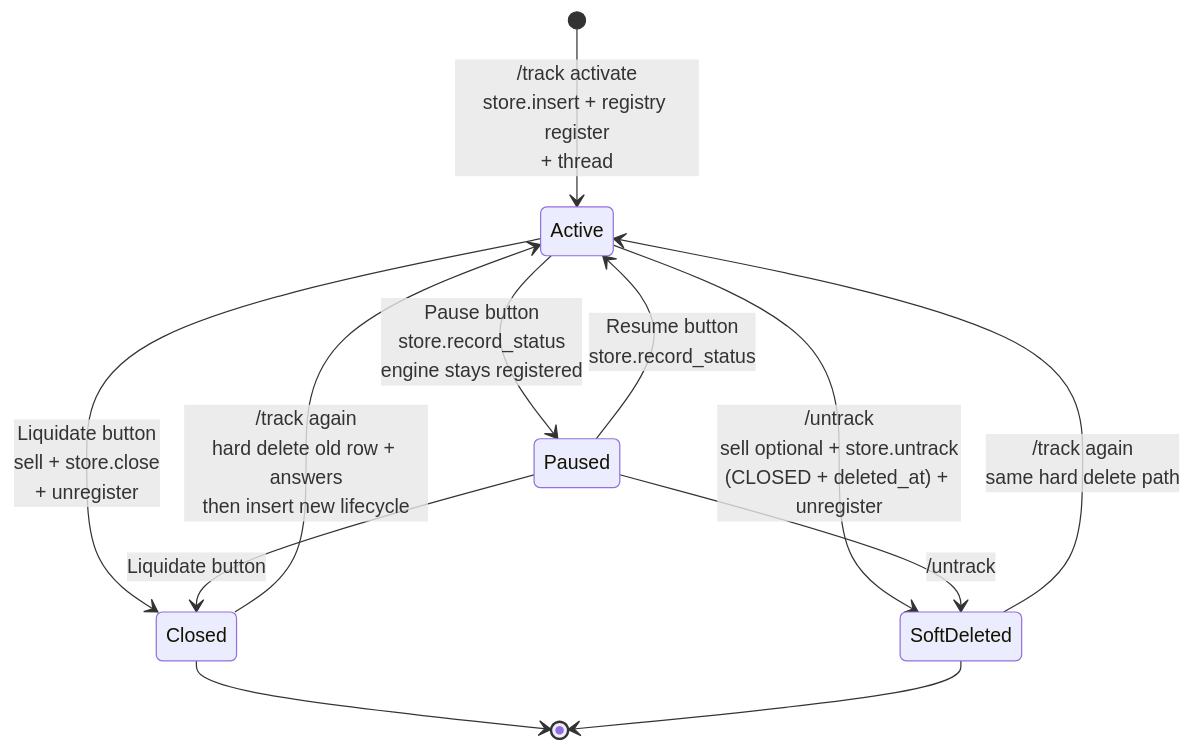
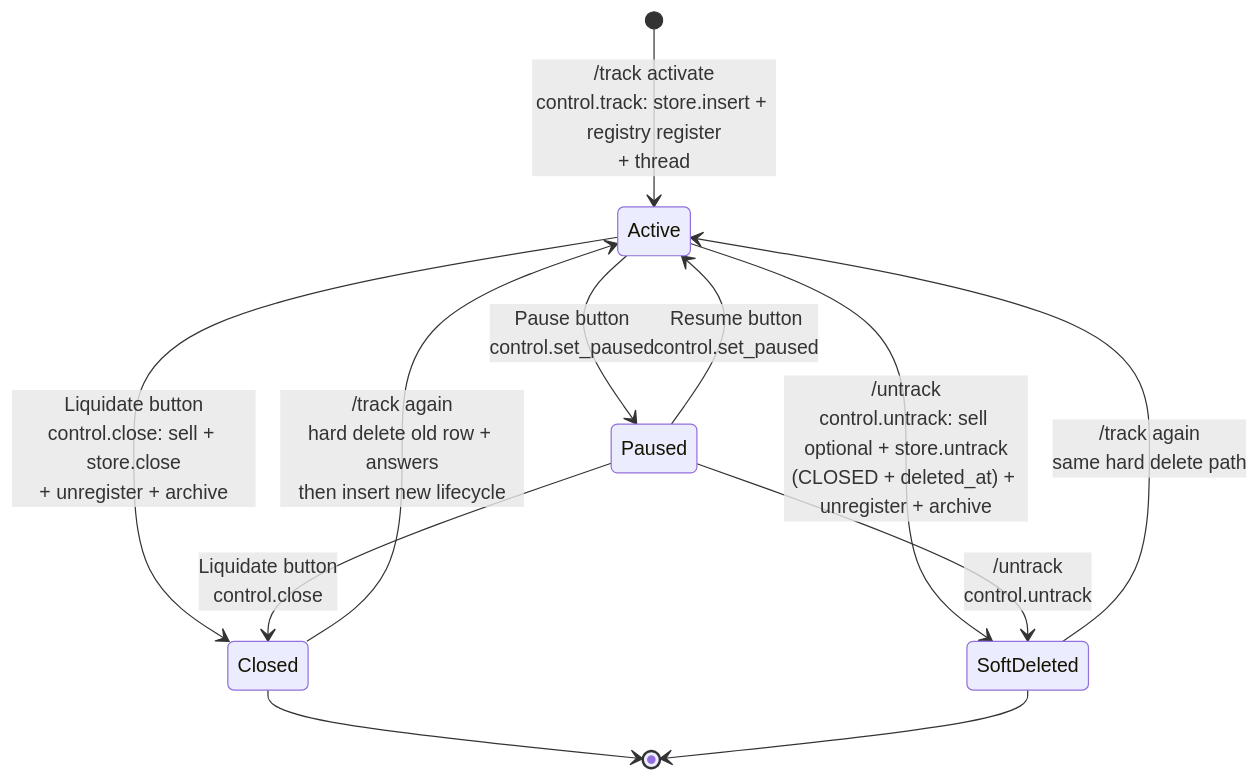
Before and after one commit to podikoglou/manif0ld: the third of 7 diagrams in docs/ARCHITECTURE.md, drawn with Mermaid. The commit also changed other lines of this file and 1 other file, not shown here.

Commit message:
docs: record the control plane

````diff
--- a/docs/ARCHITECTURE.md
+++ b/docs/ARCHITECTURE.md
@@ -263,14 +303,14 @@
 ```mermaid
 stateDiagram-v2
-    [*] --> Active: /track activate<br/>store.insert + registry register<br/>+ thread
-    Active --> Paused: Pause button<br/>store.record_status<br/>engine stays registered
-    Paused --> Active: Resume button<br/>store.record_status
-    Active --> Closed: Liquidate button<br/>sell + store.close<br/>+ unregister
-    Paused --> Closed: Liquidate button
-    Active --> SoftDeleted: /untrack<br/>sell optional + store.untrack<br/>(CLOSED + deleted_at) + unregister
-    Paused --> SoftDeleted: /untrack
+    [*] --> Active: /track activate<br/>control.track: store.insert + registry register<br/>+ thread
+    Active --> Paused: Pause button<br/>control.set_paused
+    Paused --> Active: Resume button<br/>control.set_paused
+    Active --> Closed: Liquidate button<br/>control.close: sell + store.close<br/>+ unregister + archive
+    Paused --> Closed: Liquidate button<br/>control.close
+    Active --> SoftDeleted: /untrack<br/>control.untrack: sell optional + store.untrack<br/>(CLOSED + deleted_at) + unregister + archive
+    Paused --> SoftDeleted: /untrack<br/>control.untrack
     Closed --> Active: /track again<br/>hard delete old row + answers<br/>then insert new lifecycle
     SoftDeleted --> Active: /track again<br/>same hard delete path
     Closed --> [*]
     SoftDeleted --> [*]
 ```
````
